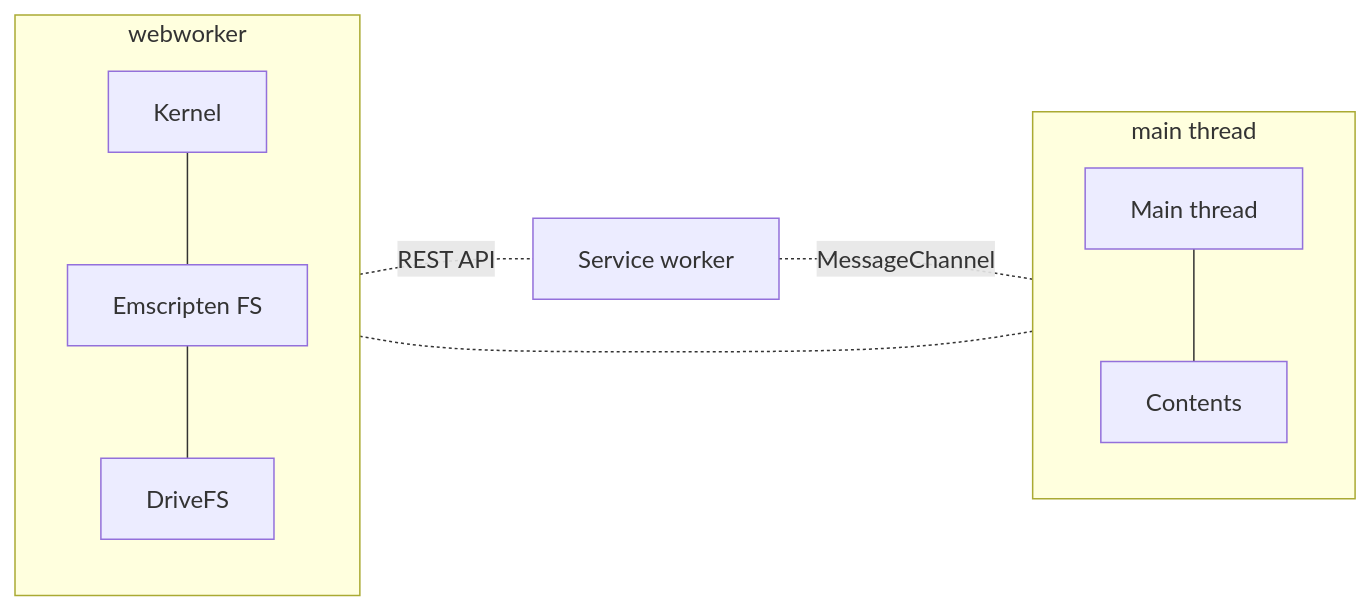
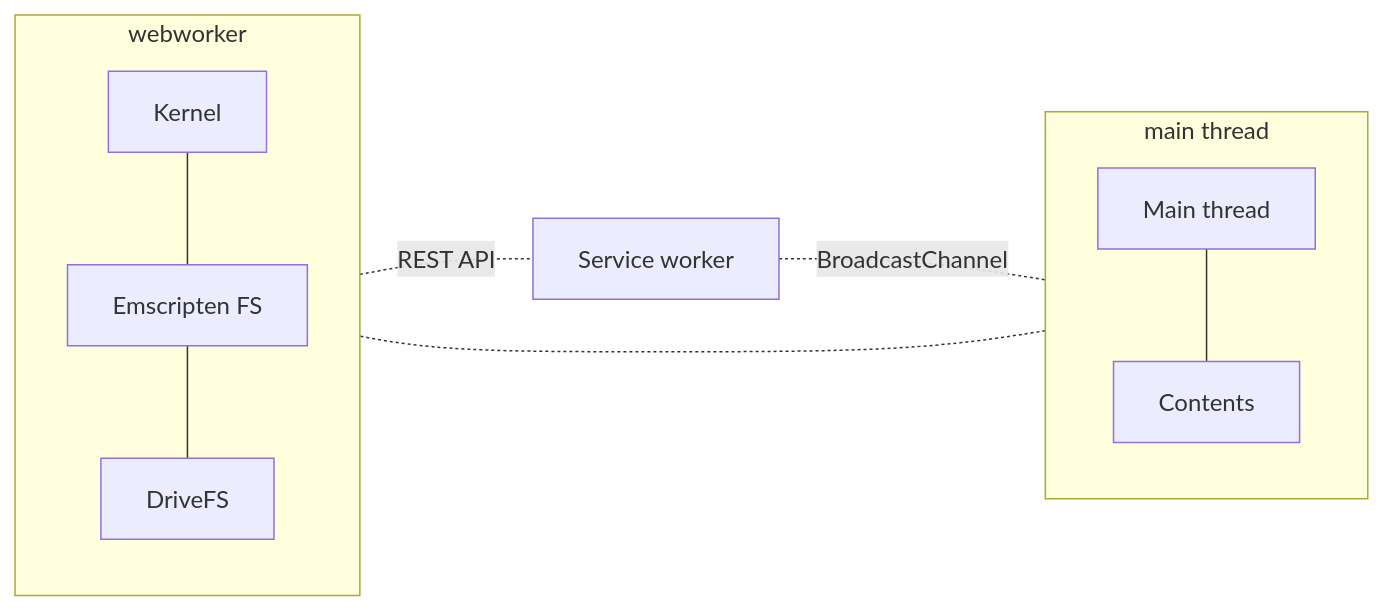
Before and after one commit to jupyterlite/jupyterlite: the first of 2 diagrams in docs/reference/contents.md, drawn with Mermaid. The commit also changed other lines of this file and 12 other files, not shown here.

First line of the commit message:
`BroadcastChannel` with identifier to properly send responses from the Service Worker (#1621)

````diff
--- a/docs/reference/contents.md
+++ b/docs/reference/contents.md
@@ -46,16 +46,16 @@
 ```{mermaid}
 flowchart LR
     subgraph main thread
         direction TB
         M[Main thread]
         M --- C[Contents]
     end
     subgraph webworker
         direction TB
         M -.- K[Kernel]
         K --- FS[Emscripten FS]
         FS --- D[DriveFS]
     end
-    S[Service worker] -.-|MessageChannel| M
+    S[Service worker] -.-|BroadcastChannel| M
     D -.-|REST API| S
 ```
````
